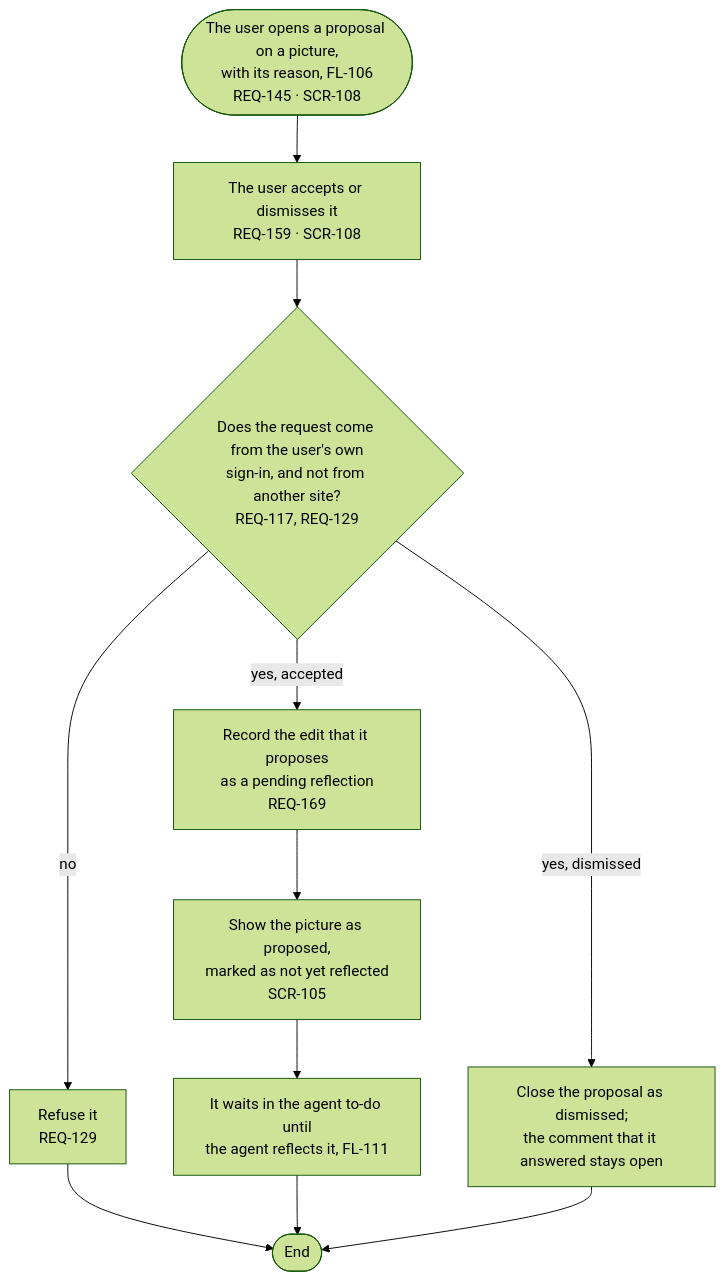
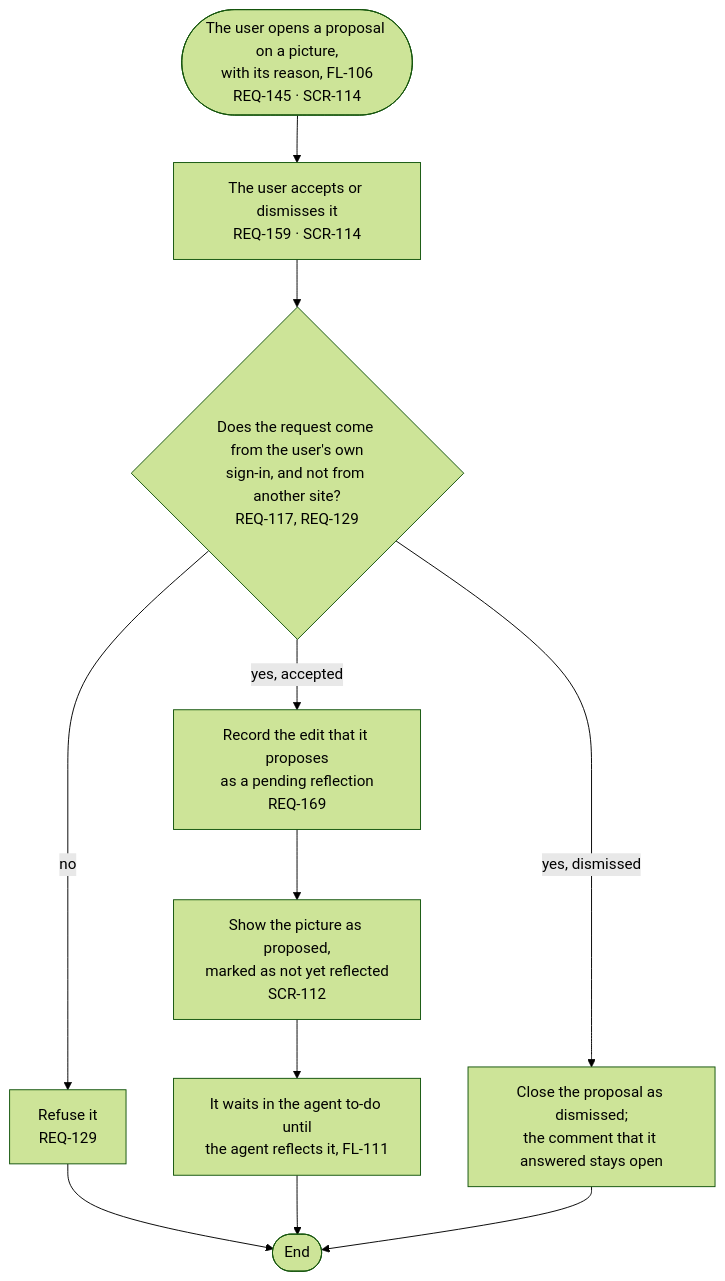
One commit to kodonghui/corthex-nexus changed the diagram in docs/03-user-flow/nexus/FL-110-accept-or-dismiss-a-proposal.md. Above: the diagram before and after it, drawn with Mermaid (forest theme). The commit also changed other lines of this file and 19 other files, not shown here.

First line of the commit message:
docs(nexus): remove 0.2's screens from the sitemap and name the redesign's in five flows (TASK-278)

````diff
--- a/docs/03-user-flow/nexus/FL-110-accept-or-dismiss-a-proposal.md
+++ b/docs/03-user-flow/nexus/FL-110-accept-or-dismiss-a-proposal.md
@@ -9,13 +9,13 @@
 ```mermaid
 flowchart TD
-  A(["The user opens a proposal on a picture,<br/>with its reason, FL-106<br/>REQ-145 · SCR-108"]) --> B["The user accepts or dismisses it<br/>REQ-159 · SCR-108"]
+  A(["The user opens a proposal on a picture,<br/>with its reason, FL-106<br/>REQ-145 · SCR-114"]) --> B["The user accepts or dismisses it<br/>REQ-159 · SCR-114"]
   B --> C{"Does the request come from the user's own<br/>sign-in, and not from another site?<br/>REQ-117, REQ-129"}
   C -->|no| R["Refuse it<br/>REQ-129"]
   R --> Z(["End"])
   C -->|yes, accepted| E["Record the edit that it proposes<br/>as a pending reflection<br/>REQ-169"]
-  E --> F["Show the picture as proposed,<br/>marked as not yet reflected<br/>SCR-105"]
+  E --> F["Show the picture as proposed,<br/>marked as not yet reflected<br/>SCR-112"]
   F --> G["It waits in the agent to-do until<br/>the agent reflects it, FL-111"]
   G --> Z
   C -->|yes, dismissed| H["Close the proposal as dismissed;<br/>the comment that it answered stays open"]
   H --> Z
 ```
````
